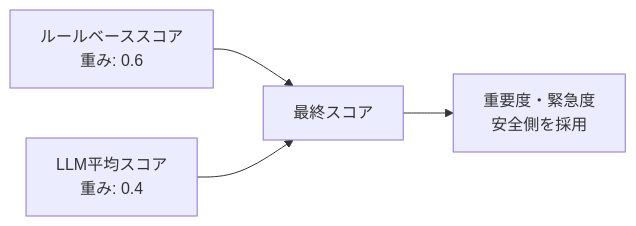
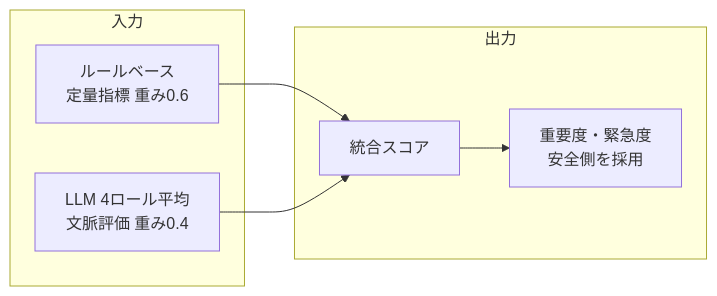
The seventh of 7 diagrams in docs/ZENN記事_v04.md (killertcell428/Helm), drawn with Mermaid before and after one commit. The commit also changed other lines of this file and 12 other files, not shown here.

````diff
--- a/docs/ZENN記事_v04.md
+++ b/docs/ZENN記事_v04.md
@@ -430,6 +530,16 @@
 ```mermaid
 flowchart LR
-    A[ルールベーススコア<br/>重み: 0.6] --> C[最終スコア]
-    B[LLM平均スコア<br/>重み: 0.4] --> C
-    C --> D[重要度・緊急度<br/>安全側を採用]
+    subgraph INPUT["入力"]
+        A[ルールベース<br/>定量指標 重み0.6]
+        B[LLM 4ロール平均<br/>文脈評価 重み0.4]
+    end
+
+    subgraph OUTPUT["出力"]
+        C[統合スコア]
+        D[重要度・緊急度<br/>安全側を採用]
+    end
+
+    A --> C
+    B --> C
+    C --> D
 ```
````
